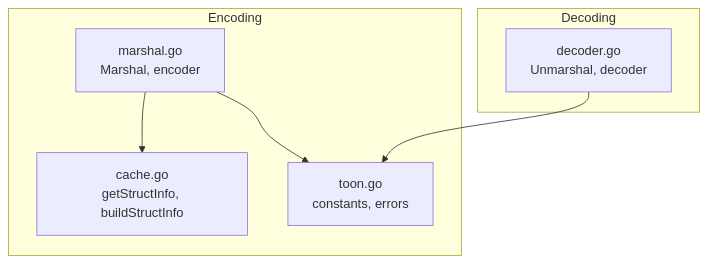
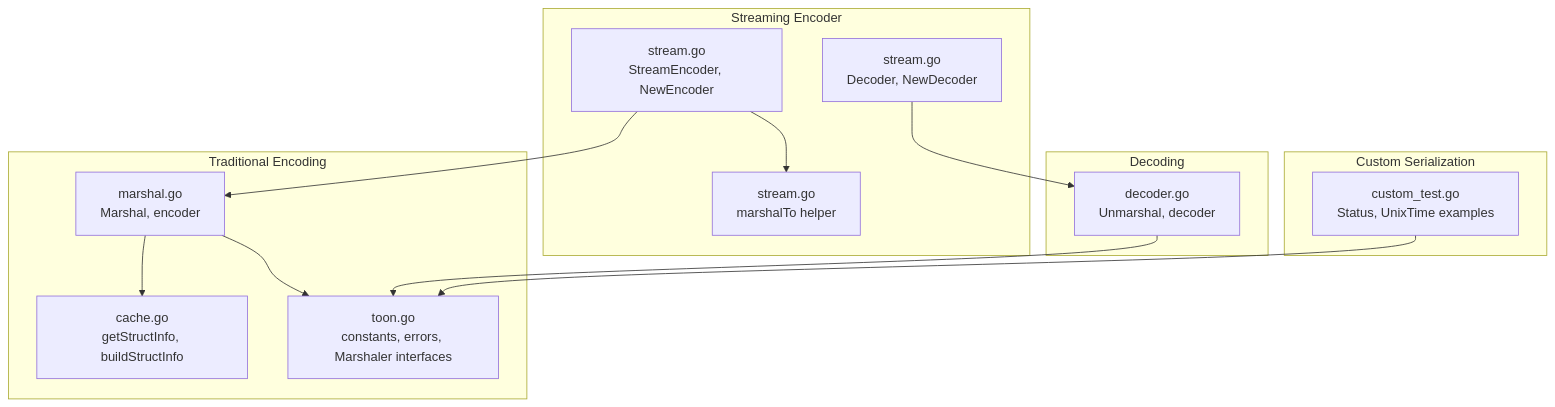
Before and after one commit to OTumanov/go-toon: the first of 4 diagrams in .qoder/repowiki/en/content/API Reference/Core Encoding API.md, drawn with Mermaid. The commit also changed other lines of this file and 11 other files, not shown here.

First line of the commit message:
feat: add Pre-flight Schema + Token Calculator to toongen

````diff
--- a/.qoder/repowiki/en/content/API Reference/Core Encoding API.md
+++ b/.qoder/repowiki/en/content/API Reference/Core Encoding API.md
@@ -30,14 +45,26 @@
 ```mermaid
 graph TB
-subgraph "Encoding"
+subgraph "Traditional Encoding"
 M["marshal.go<br/>Marshal, encoder"]
 C["cache.go<br/>getStructInfo, buildStructInfo"]
-T["toon.go<br/>constants, errors"]
+T["toon.go<br/>constants, errors, Marshaler interfaces"]
+end
+subgraph "Streaming Encoder"
+SE["stream.go<br/>StreamEncoder, NewEncoder"]
+SD["stream.go<br/>Decoder, NewDecoder"]
+MT["stream.go<br/>marshalTo helper"]
 end
 subgraph "Decoding"
 D["decoder.go<br/>Unmarshal, decoder"]
 end
+subgraph "Custom Serialization"
+CM["custom_test.go<br/>Status, UnixTime examples"]
+end
 M --> C
 M --> T
+SE --> M
+SE --> MT
+SD --> D
 D --> T
+CM --> T
 ```
````
